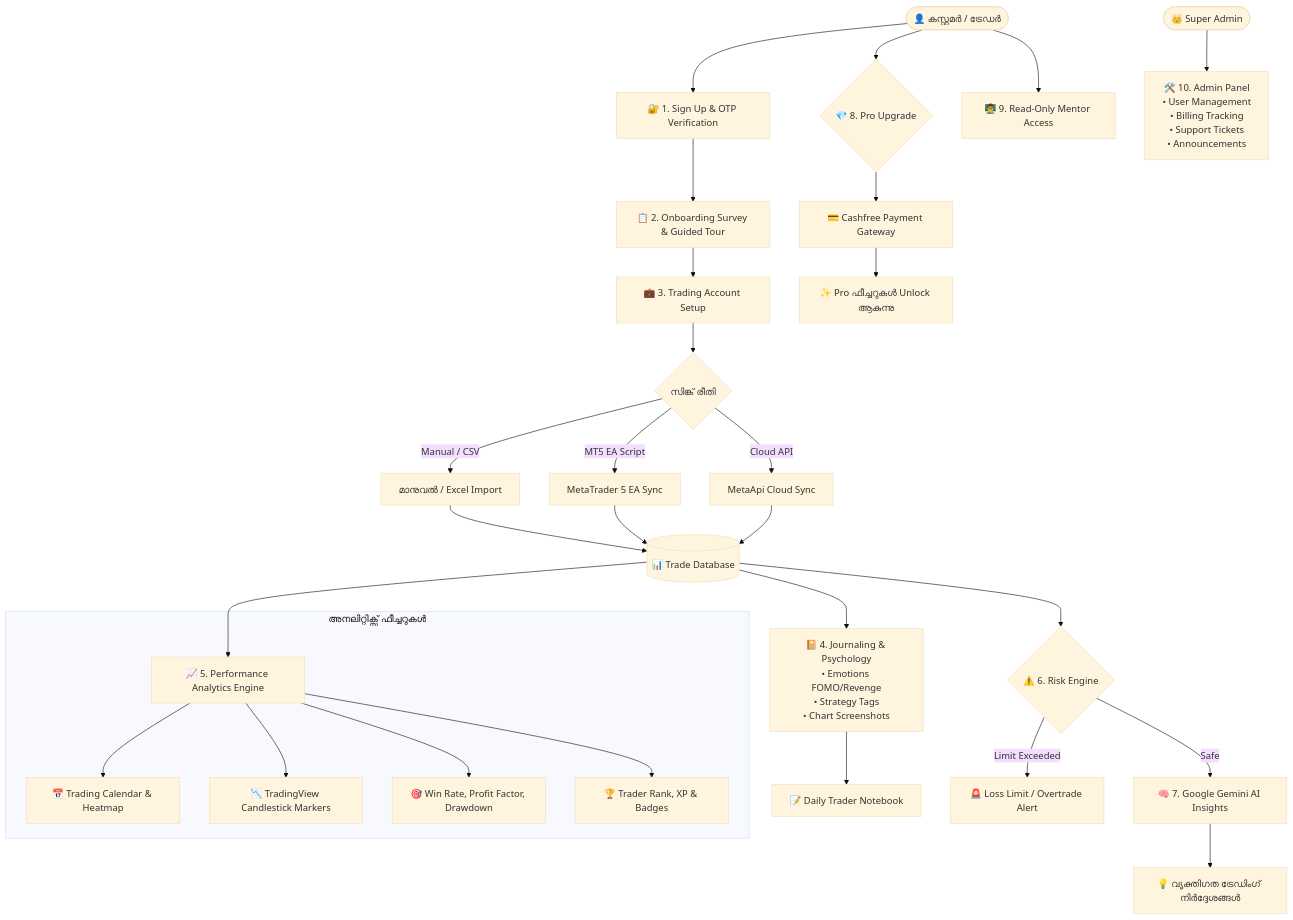
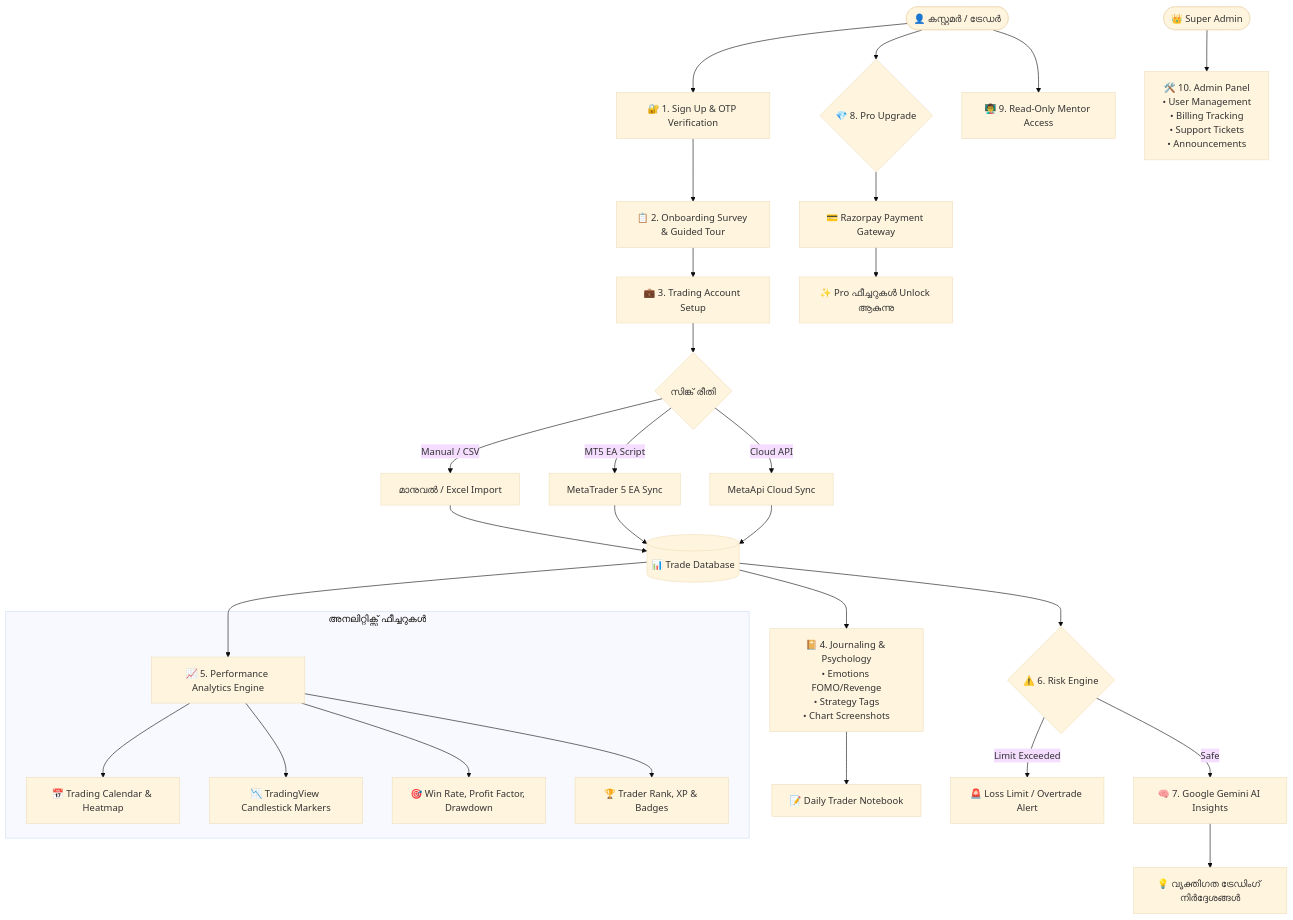
Before and after one commit to an0n7os/Fx-journal-pro: the first of 8 diagrams in AxyFx_JournalPro_Complete_Workflow_Guide.md, drawn with Mermaid (base theme). The commit also changed other lines of this file and 20 other files, not shown here.

````diff
--- a/AxyFx_JournalPro_Complete_Workflow_Guide.md
+++ b/AxyFx_JournalPro_Complete_Workflow_Guide.md
@@ -9,46 +9,46 @@
 ```mermaid
 flowchart TB
     %% Users & Entry
     User([👤 കസ്റ്റമർ / ട്രേഡർ]) --> Auth[🔐 1. Sign Up & OTP Verification]
     Auth --> Onboarding[📋 2. Onboarding Survey & Guided Tour]
     
     %% Account Connection
     Onboarding --> Accounts[💼 3. Trading Account Setup]
     Accounts --> SyncChoice{സിങ്ക് രീതി}
     SyncChoice -->|Manual / CSV| ManualLog[മാനുവൽ / Excel Import]
     SyncChoice -->|MT5 EA Script| EASync[MetaTrader 5 EA Sync]
     SyncChoice -->|Cloud API| MetaApiSync[MetaApi Cloud Sync]
     
     %% Core Engine
     ManualLog --> TradeDB[(📊 Trade Database)]
     EASync --> TradeDB
     MetaApiSync --> TradeDB
     
     %% Features & Journaling
     TradeDB --> Journal[📔 4. Journaling & Psychology<br/>• Emotions FOMO/Revenge<br/>• Strategy Tags<br/>• Chart Screenshots]
     Journal --> Notebook[📝 Daily Trader Notebook]
     
     %% Analytics & Visuals
     TradeDB --> Analytics[📈 5. Performance Analytics Engine]
     subgraph AnalyticsEngine [അനലിറ്റിക്സ് ഫീച്ചറുകൾ]
         Analytics --> CalHeatmap[📅 Trading Calendar & Heatmap]
         Analytics --> LiveCharts[📉 TradingView Candlestick Markers]
         Analytics --> MetricKPI[🎯 Win Rate, Profit Factor, Drawdown]
         Analytics --> XPLevels[🏆 Trader Rank, XP & Badges]
     end
     
     %% Risk & AI Guardrails
     TradeDB --> RiskEngine{⚠️ 6. Risk Engine}
     RiskEngine -->|Limit Exceeded| RiskAlert[🚨 Loss Limit / Overtrade Alert]
     RiskEngine -->|Safe| AISystem[🧠 7. Google Gemini AI Insights]
     AISystem --> AIAdvice[💡 വ്യക്തിഗത ട്രേഡിംഗ് നിർദ്ദേശങ്ങൾ]
     
     %% Pro Upgrade & Payments
     User --> ProTrigger{💎 8. Pro Upgrade}
-    ProTrigger --> Cashfree[💳 Cashfree Payment Gateway]
-    Cashfree --> ProAccess[✨ Pro ഫീച്ചറുകൾ Unlock ആകുന്നു]
+    ProTrigger --> Razorpay[💳 Razorpay Payment Gateway]
+    Razorpay --> ProAccess[✨ Pro ഫീച്ചറുകൾ Unlock ആകുന്നു]
     
     %% Mentorship & Admin
     User --> Mentor[👨‍🏫 9. Read-Only Mentor Access]
     SuperAdmin([👑 Super Admin]) --> AdminPanel[🛠️ 10. Admin Panel<br/>• User Management<br/>• Billing Tracking<br/>• Support Tickets<br/>• Announcements]
 ```
````
